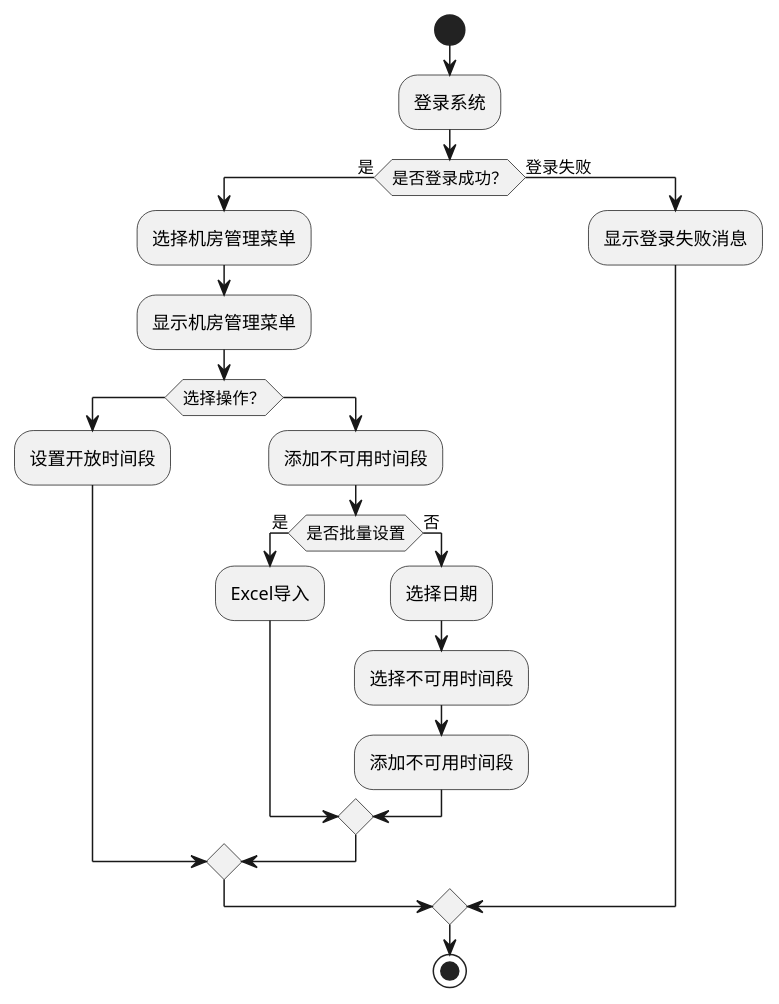
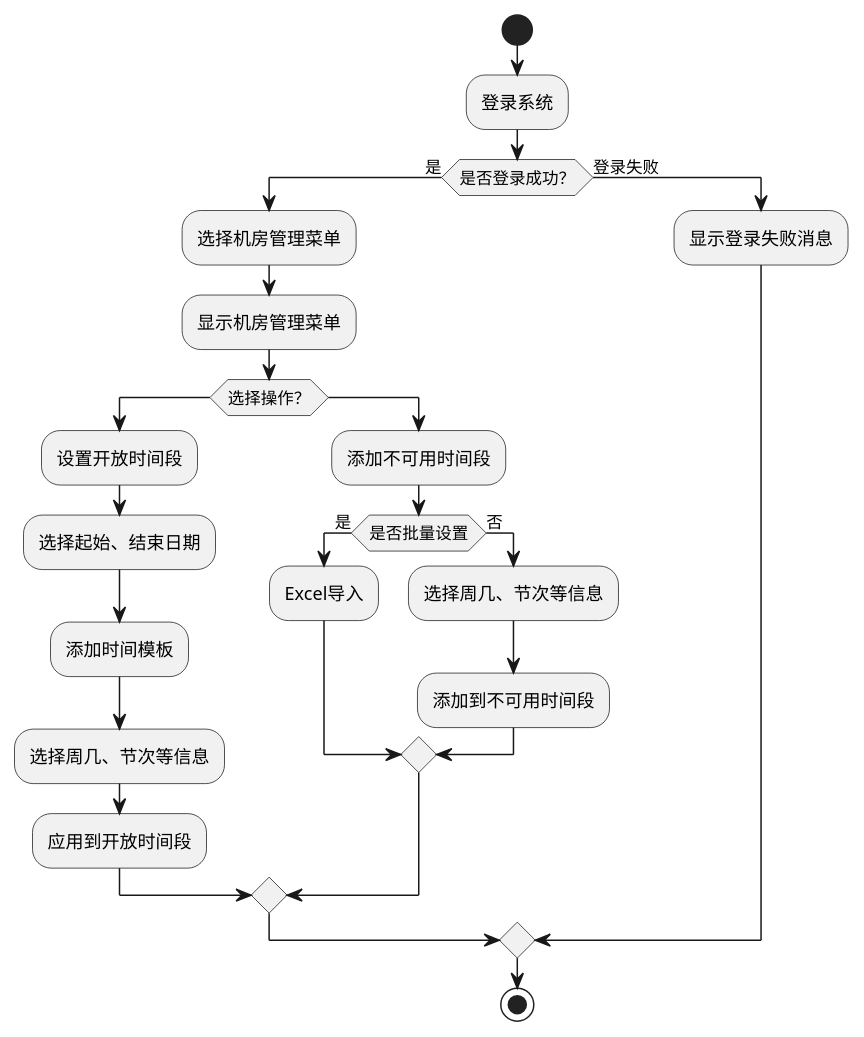
Before and after one commit to BuMingSuooYi/ComputerRoomMangement-Backend: the diagram in src/main/resources/活动图/系统管理员/manageAvailableTimeOfComputerRoom.puml, drawn with PlantUML. The commit also changed 2 other files, not shown here.

Commit message:
The use case diagram was refined and the activity diagram of the system administrator and students was modified

```diff
--- a/src/main/resources/活动图/系统管理员/manageAvailableTimeOfComputerRoom.puml
+++ b/src/main/resources/活动图/系统管理员/manageAvailableTimeOfComputerRoom.puml
@@ -3,23 +3,26 @@
 @startuml
 start
 :登录系统;
 if (是否登录成功？) then (是)
   :选择机房管理菜单;
   :显示机房管理菜单;
     if (选择操作？)
       :设置开放时间段;
+      :选择起始、结束日期;
+      :添加时间模板;
+      :选择周几、节次等信息;
+      :应用到开放时间段;
     else
       :添加不可用时间段;
       if (是否批量设置) is (是) then
         :Excel导入;
       else (否)
-        :选择日期;
-              :选择不可用时间段;
-              :添加不可用时间段;
+        :选择周几、节次等信息;
+        :添加到不可用时间段;
       endif
     endif
 else (登录失败)
   :显示登录失败消息;
 endif
 stop
 @enduml
```
